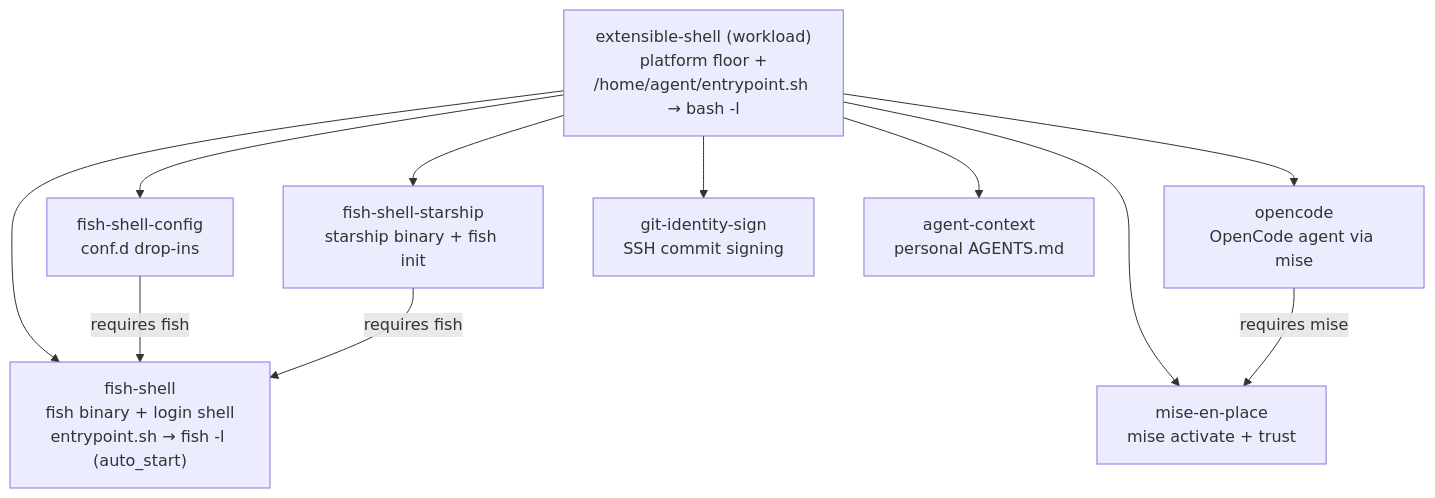
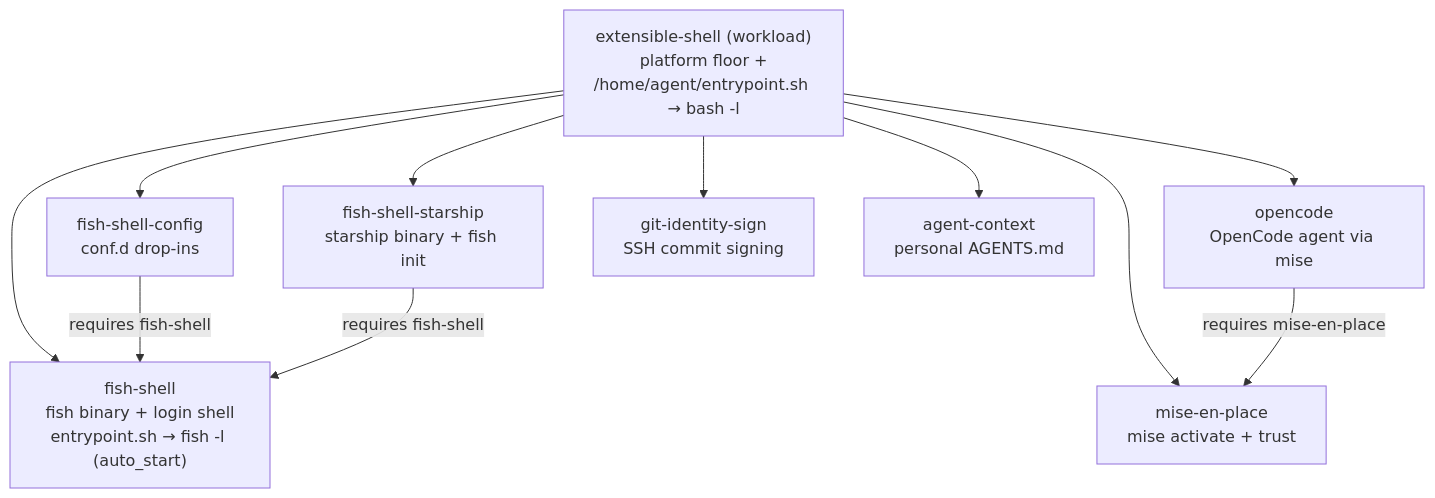
Before and after one commit to dirkgroot/docker-sbx-kits: the diagram in .lode/kits/summary.md, drawn with Mermaid. The commit also changed other lines of this file and 14 other files, not shown here.

````diff
--- a/.lode/kits/summary.md
+++ b/.lode/kits/summary.md
@@ -21,14 +21,14 @@
 ```mermaid
 flowchart TD
     wl["extensible-shell (workload)<br/>platform floor +<br/>/home/agent/entrypoint.sh → bash -l"]
     wl --> fs["fish-shell<br/>fish binary + login shell<br/>entrypoint.sh → fish -l (auto_start)"]
     wl --> cfg["fish-shell-config<br/>conf.d drop-ins"]
     wl --> st["fish-shell-starship<br/>starship binary + fish init"]
     wl --> me["mise-en-place<br/>mise activate + trust"]
     wl --> oc["opencode<br/>OpenCode agent via mise"]
     wl --> gi["git-identity-sign<br/>SSH commit signing"]
     wl --> ac["agent-context<br/>personal AGENTS.md"]
-    oc -->|requires mise| me
-    cfg -->|requires fish| fs
-    st -->|requires fish| fs
+    oc -->|requires mise-en-place| me
+    cfg -->|requires fish-shell| fs
+    st -->|requires fish-shell| fs
 ```
````
